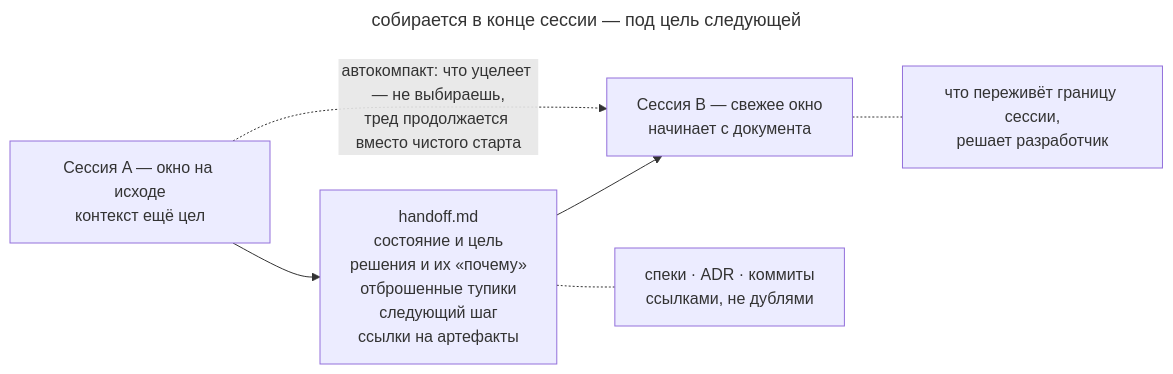
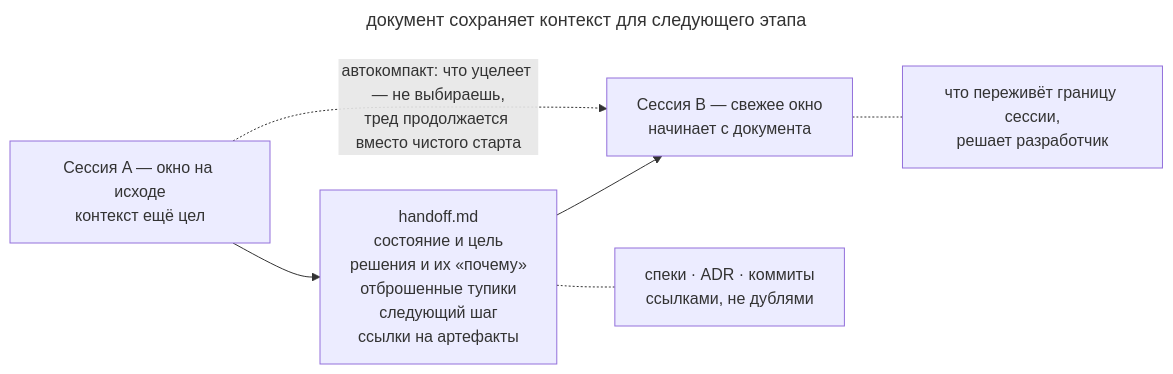
The diagram in book/ru/handoff.md (Rastavelli/agentic-coding-design-patterns), drawn with Mermaid before and after one commit. The commit also changed 24 other files, not shown here.

Commit message:
docs: finish Russian prose review and align diagram captions

````diff
--- a/book/ru/handoff.md
+++ b/book/ru/handoff.md
@@ -44,15 +44,15 @@
 ```mermaid
 ---
-title: собирается в конце сессии — под цель следующей
+title: документ сохраняет контекст для следующего этапа
 ---
 flowchart LR
   a["Сессия A — окно на исходе<br/>контекст ещё цел"]
   doc["handoff.md<br/>состояние и цель<br/>решения и их «почему»<br/>отброшенные тупики<br/>следующий шаг<br/>ссылки на артефакты"]:::accent
   b["Сессия B — свежее окно<br/>начинает с документа"]
   artifacts["спеки · ADR · коммиты<br/>ссылками, не дублями"]:::muted
   a --> doc --> b
   doc -.- artifacts
   a -. "автокомпакт: что уцелеет — не выбираешь,<br/>тред продолжается вместо чистого старта" .-> b
   note["что переживёт границу сессии,<br/>решает разработчик"]:::muted
   b -.- note
 ```
````
